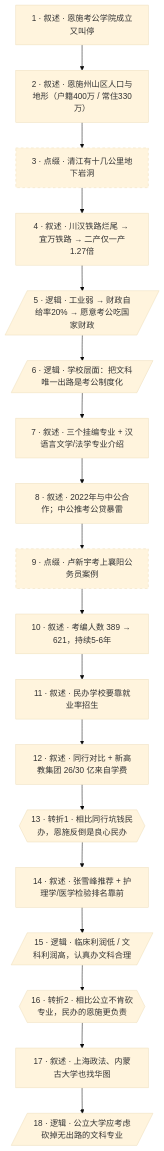
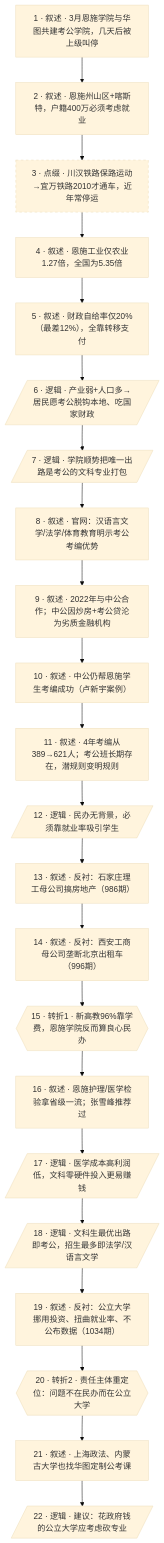
Before and after one commit to liusining/mdg-media-skills: the diagram in docs/btnews/btnews/1001_1100/btnews_1049.madugong-analysis.md, drawn with Mermaid (base theme). The commit also changed other lines of this file and 2 other files, not shown here.

````diff
--- a/docs/btnews/btnews/1001_1100/btnews_1049.madugong-analysis.md
+++ b/docs/btnews/btnews/1001_1100/btnews_1049.madugong-analysis.md
@@ -71,26 +75,32 @@
 ```mermaid
 flowchart TD
     classDef typeC stroke-dasharray:5 5
 
-    1["1 · 叙述 · 恩施考公学院成立又叫停"]
-    2["2 · 叙述 · 恩施州山区人口与地形（户籍400万 / 常住330万）"]
-    3["3 · 点缀 · 清江有十几公里地下岩洞"]:::typeC
-    4["4 · 叙述 · 川汉铁路烂尾 → 宜万铁路 → 二产仅一产1.27倍"]
-    5[/"5 · 逻辑 · 工业弱 → 财政自给率20% → 愿意考公吃国家财政"/]
-    6[/"6 · 逻辑 · 学校层面：把文科唯一出路是考公制度化"/]
-    7["7 · 叙述 · 三个挂编专业 + 汉语言文学/法学专业介绍"]
-    8["8 · 叙述 · 2022年与中公合作；中公推考公贷暴雷"]
-    9["9 · 点缀 · 卢新宇考上襄阳公务员案例"]:::typeC
-    10["10 · 叙述 · 考编人数 389 → 621，持续5-6年"]
-    11["11 · 叙述 · 民办学校要靠就业率招生"]
-    12["12 · 叙述 · 同行对比 + 新高教集团 26/30 亿来自学费"]
-    13{{"13 · 转折1 · 相比同行坑钱民办，恩施反倒是良心民办"}}
-    14["14 · 叙述 · 张雪峰推荐 + 护理学/医学检验排名靠前"]
-    15[/"15 · 逻辑 · 临床利润低 / 文科利润高，认真办文科合理"/]
-    16{{"16 · 转折2 · 相比公立不肯砍专业，民办的恩施更负责"}}
-    17["17 · 叙述 · 上海政法、内蒙古大学也找华图"]
-    18[/"18 · 逻辑 · 公立大学应考虑砍掉无出路的文科专业"/]
+    1["1 · 叙述 · 3月恩施学院与华图共建考公学院，几天后被上级叫停"]
+    2["2 · 叙述 · 恩施州山区+喀斯特，户籍400万必须考虑就业"]
+    3["3 · 点缀 · 川汉铁路保路运动→宜万铁路2010才通车，近年常停运"]:::typeC
+    4["4 · 叙述 · 恩施工业仅农业1.27倍，全国为5.35倍"]
+    5["5 · 叙述 · 财政自给率仅20%（最差12%），全靠转移支付"]
+    6[/"6 · 逻辑 · 产业弱+人口多→居民愿考公脱钩本地、吃国家财政"/]
+    7[/"7 · 逻辑 · 学院顺势把唯一出路是考公的文科专业打包"/]
+    8["8 · 叙述 · 官网：汉语言文学/法学/体育教育明示考公考编优势"]
+    9["9 · 叙述 · 2022年与中公合作；中公因炒房+考公贷沦为劣质金融机构"]
+    10["10 · 叙述 · 中公仍帮恩施学生考编成功（卢新宇案例）"]
+    11["11 · 叙述 · 4年考编从389→621人；考公班长期存在，潜规则变明规则"]
+    12[/"12 · 逻辑 · 民办无背景，必须靠就业率吸引学生"/]
+    13["13 · 叙述 · 反衬：石家庄理工母公司搞房地产（986期）"]
+    14["14 · 叙述 · 反衬：西安工商母公司垄断北京出租车（996期）"]
+    15{{"15 · 转折1 · 新高教96%靠学费，恩施学院反而算良心民办"}}
+    16["16 · 叙述 · 恩施护理/医学检验拿省级一流；张雪峰推荐过"]
+    17[/"17 · 逻辑 · 医学成本高利润低，文科零硬件投入更易赚钱"/]
+    18[/"18 · 逻辑 · 文科生最优出路即考公，招生最多即法学/汉语言文学"/]
+    19["19 · 叙述 · 反衬：公立大学挪用投资、扭曲就业率、不公布数据（1034期）"]
+    20{{"20 · 转折2 · 责任主体重定位：问题不在民办而在公立大学"}}
+    21["21 · 叙述 · 上海政法、内蒙古大学也找华图定制公考课"]
+    22[/"22 · 逻辑 · 建议：花政府钱的公立大学应考虑砍专业"/]
 
-    1 --> 2 --> 3 --> 4 --> 5 --> 6 --> 7 --> 8 --> 9 --> 10
-    10 --> 11 --> 12 --> 13 --> 14 --> 15 --> 16 --> 17 --> 18
+    1 --> 2 --> 3 --> 4 --> 5 --> 6 --> 7 --> 8 --> 9 --> 10 --> 11 --> 12
+    12 --> 13 --> 14 --> 15
+    15 --> 16 --> 17 --> 18 --> 19 --> 20
+    20 --> 21 --> 22
 ```
````
